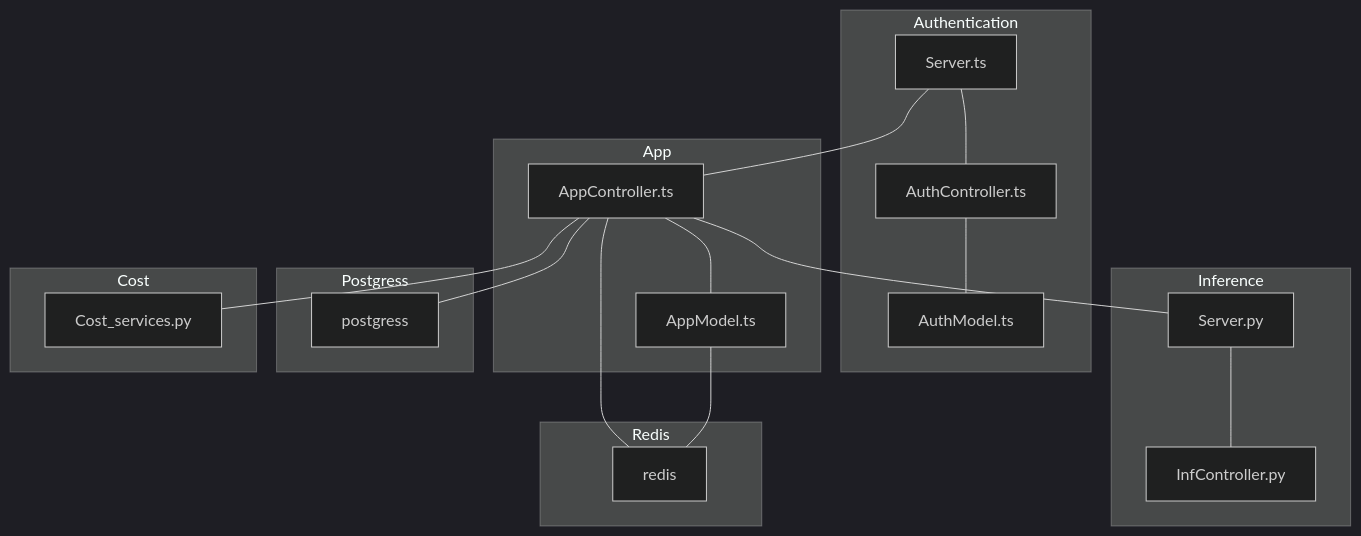
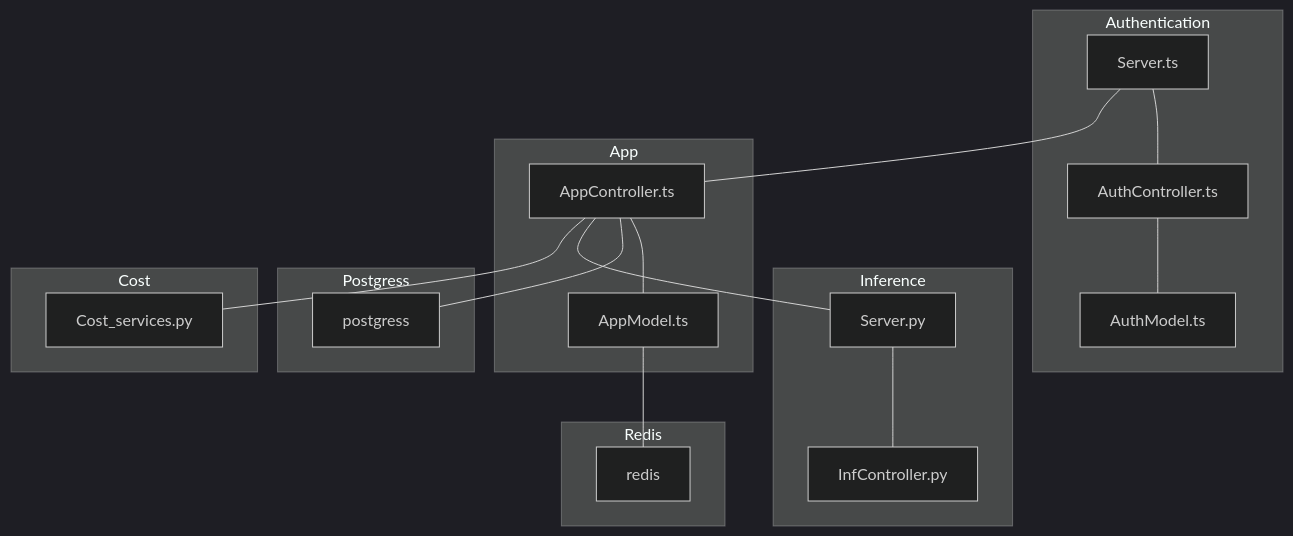
Before and after one commit to AgneseBruglia/PA2024: the second of 16 diagrams in README.md, drawn with Mermaid (dark theme).

````diff
--- a/README.md
+++ b/README.md
@@ -54,41 +54,41 @@
 ```mermaid
 graph TD;
 
     subgraph Redis
     redis
     end
 
     subgraph Authentication
     Server.ts --- AuthController.ts
     AuthController.ts 
     AuthModel.ts 
     AuthController.ts --- AuthModel.ts
     end
 
     subgraph Inference
     Server.py --- InfController.py
     InfController.py
     end
 
     subgraph App
-    Server.ts --- AppController.ts 
+    Server.ts --- AppController.ts
+    Server.ts
     AppController.ts 
     AppModel.ts 
     AppController.ts --- AppModel.ts
     end
 
     subgraph Postgress
     postgress
     end
 
     subgraph Cost
     Cost_services.py
     end
 
     AppModel.ts --- redis
     AppController.ts --- postgress
     AppController.ts --- Server.py
-    AppController.ts --- redis
     AppController.ts --- Cost_services.py
 
 ```
````
